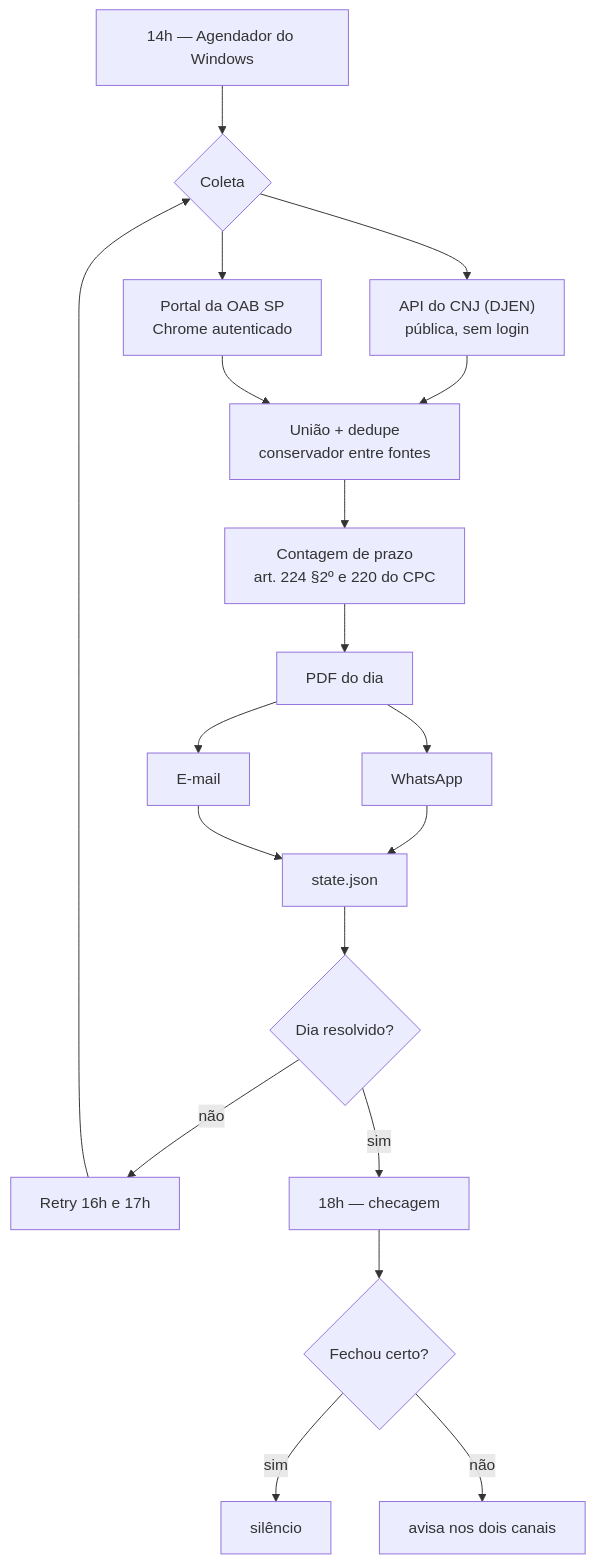
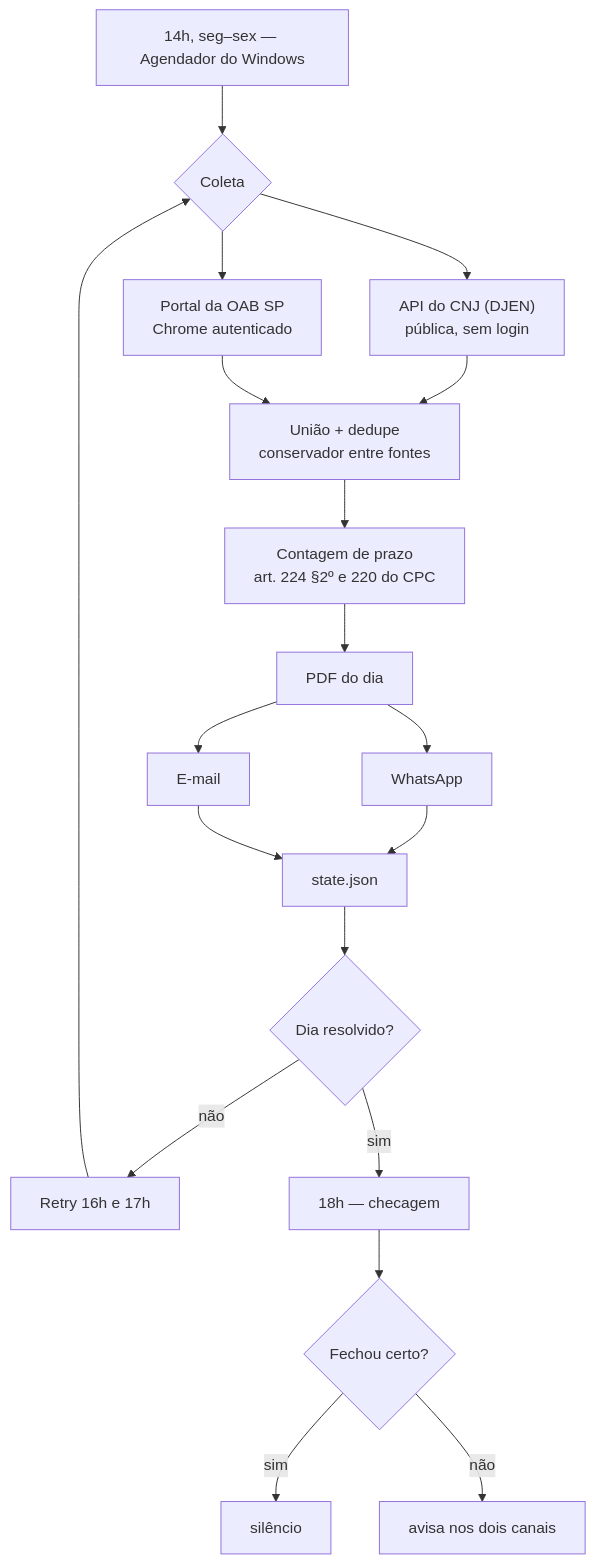
Before and after one commit to GustavoFariaDev/oab-publicacoes: the diagram in README.md, drawn with Mermaid. The commit also changed other lines of this file and 5 other files, not shown here.

````diff
--- a/README.md
+++ b/README.md
@@ -14,21 +14,21 @@
 ```mermaid
 flowchart TD
-    T["14h — Agendador do Windows"] --> C{Coleta}
+    T["14h, seg–sex — Agendador do Windows"] --> C{Coleta}
     C --> CNJ["API do CNJ (DJEN)<br/>pública, sem login"]
     C --> P["Portal da OAB SP<br/>Chrome autenticado"]
     CNJ --> U["União + dedupe<br/>conservador entre fontes"]
     P --> U
     U --> PZ["Contagem de prazo<br/>art. 224 §2º e 220 do CPC"]
     PZ --> PDF["PDF do dia"]
     PDF --> W["WhatsApp"]
     PDF --> E["E-mail"]
     W --> S["state.json"]
     E --> S
     S --> R{"Dia resolvido?"}
     R -->|não| RT["Retry 16h e 17h"]
     RT --> C
     R -->|sim| V["18h — checagem"]
     V --> F{"Fechou certo?"}
     F -->|sim| Q["silêncio"]
     F -->|não| A["avisa nos dois canais"]
 ```
````
